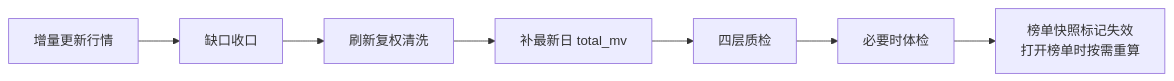
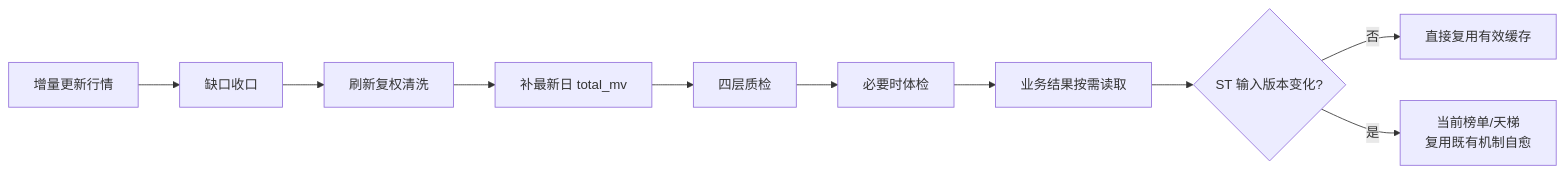
Before and after one commit to fulin-peng-ydxs/ai-stocks: the third of 3 diagrams in README.md, drawn with Mermaid. The commit also changed other lines of this file and 9 other files, not shown here.

````diff
--- a/README.md
+++ b/README.md
@@ -313,9 +313,12 @@
 ```mermaid
 flowchart LR
   A["增量更新行情"] --> B["缺口收口"]
   B --> C["刷新复权清洗"]
   C --> D["补最新日 total_mv"]
   D --> E["四层质检"]
   E --> F["必要时体检"]
-  F --> G["榜单快照标记失效\n打开榜单时按需重算"]
+  F --> G["业务结果按需读取"]
+  G --> H{"ST 输入版本变化?"}
+  H -->|否| I["直接复用有效缓存"]
+  H -->|是| J["当前榜单/天梯\n复用既有机制自愈"]
 ```
````
